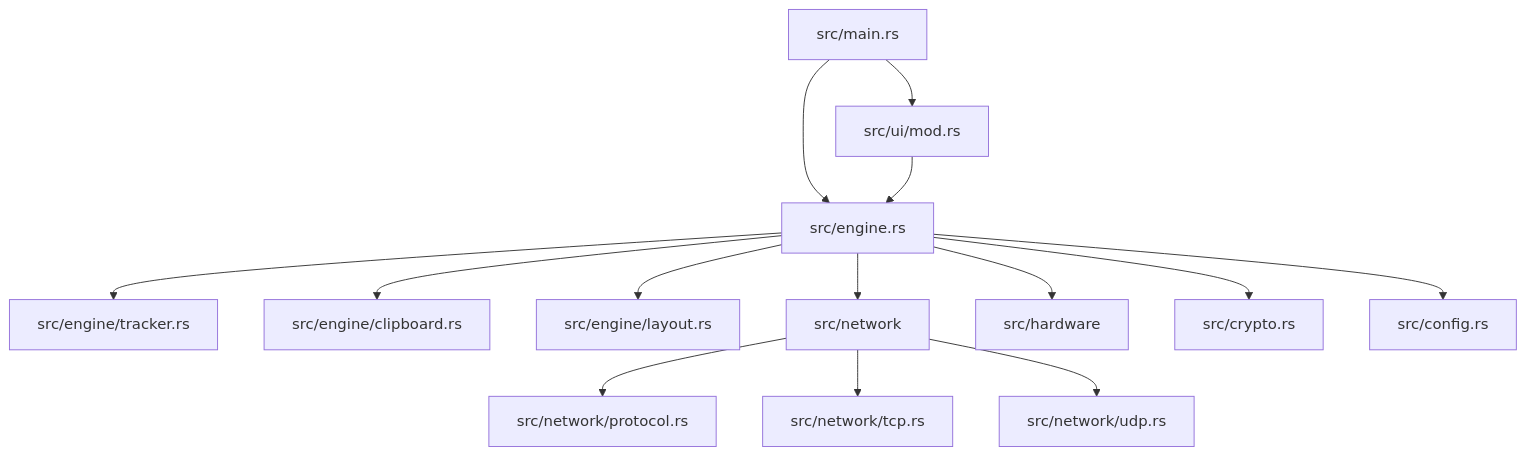
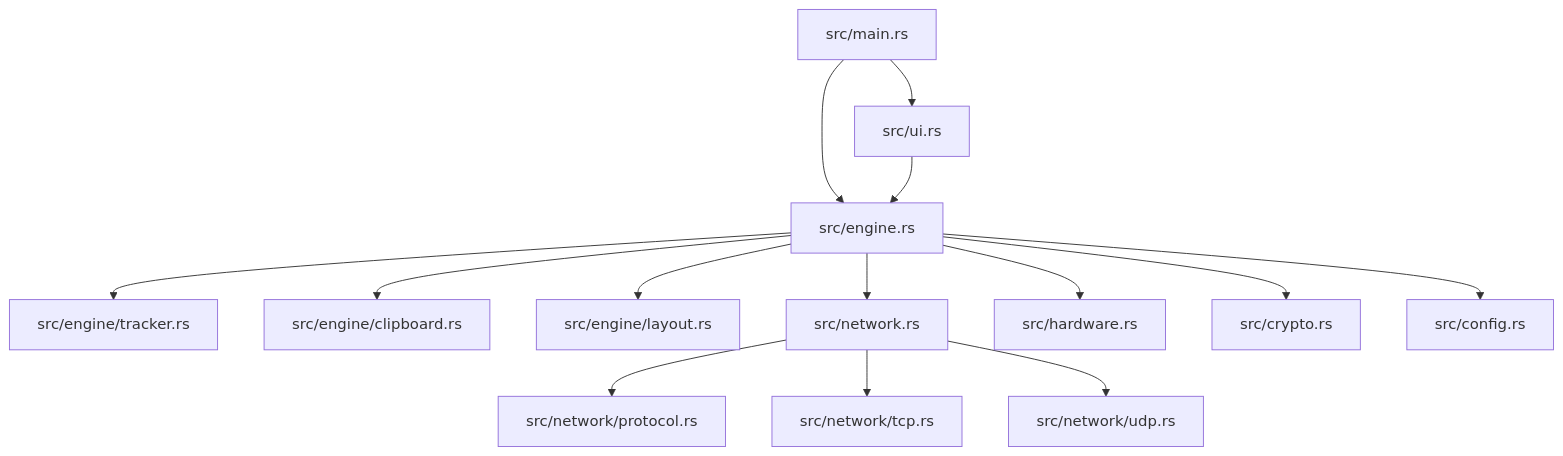
Before and after one commit to guyavrhm/flow: the first of 2 diagrams in ARCHITECTURE.md, drawn with Mermaid. The commit also changed other lines of this file and 3 other files, not shown here.

````diff
--- a/ARCHITECTURE.md
+++ b/ARCHITECTURE.md
@@ -19,16 +19,16 @@
 ```mermaid
 graph TD
-    Main[src/main.rs] --> UI[src/ui/mod.rs]
+    Main[src/main.rs] --> UI[src/ui.rs]
     Main --> Engine[src/engine.rs]
     UI --> Engine
     Engine --> Tracker[src/engine/tracker.rs]
     Engine --> ClipboardMod[src/engine/clipboard.rs]
     Engine --> Layout[src/engine/layout.rs]
-    Engine --> Network[src/network]
-    Engine --> Hardware[src/hardware]
+    Engine --> Network[src/network.rs]
+    Engine --> Hardware[src/hardware.rs]
     Network --> Protocol[src/network/protocol.rs]
     Network --> TCP[src/network/tcp.rs]
     Network --> UDP[src/network/udp.rs]
     Engine --> Crypto[src/crypto.rs]
     Engine --> Config[src/config.rs]
 ```
````
